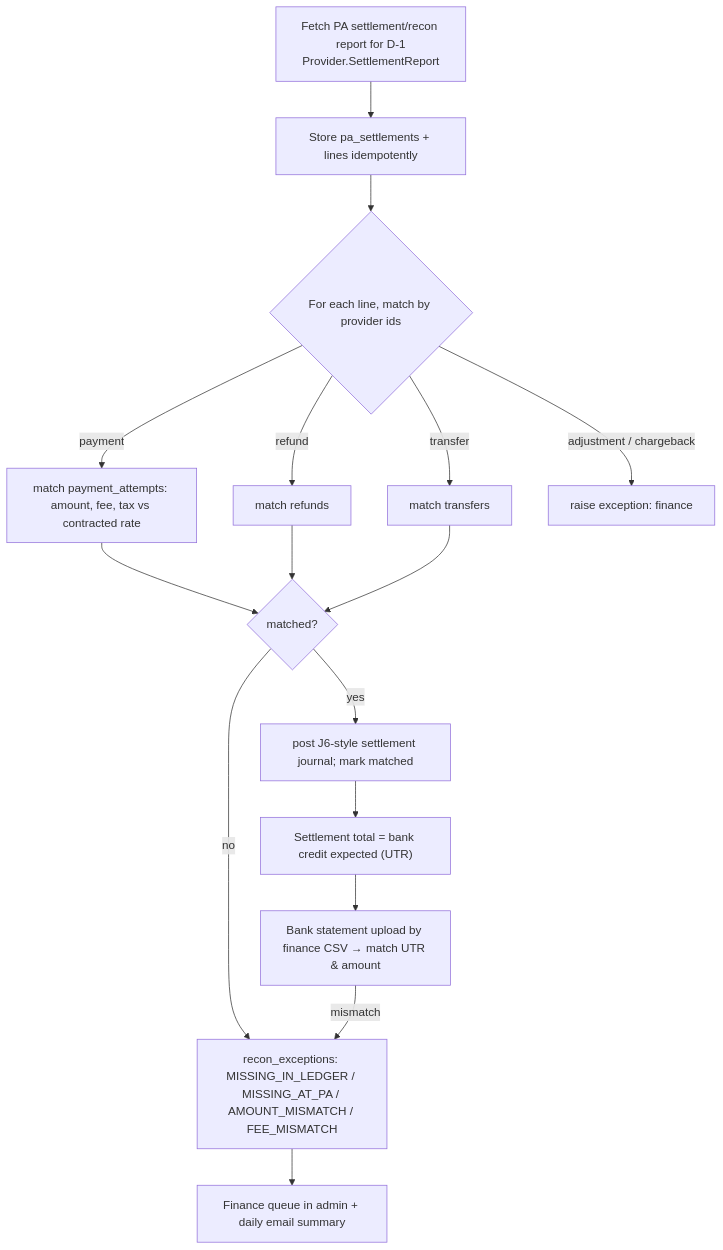
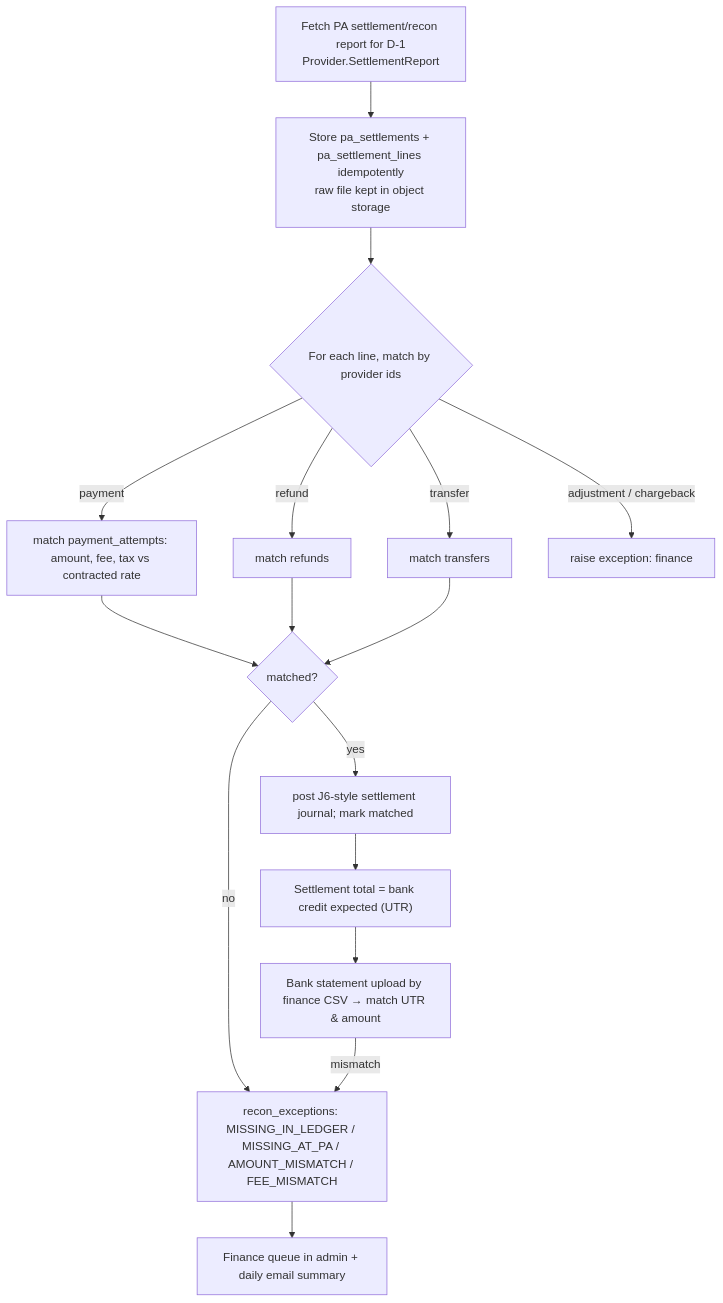
One commit to storetmobiles2-code/rovo changed the sixth of 7 diagrams in docs/planning/14-payment-architecture.md. Above: the diagram before and after it, drawn with Mermaid. The commit also changed other lines of this file and 12 other files, not shown here.

````diff
--- a/docs/planning/14-payment-architecture.md
+++ b/docs/planning/14-payment-architecture.md
@@ -572,16 +606,16 @@
 ```mermaid
 flowchart TD
-    A[Fetch PA settlement/recon report for D-1<br/>Provider.SettlementReport] --> B[Store pa_settlements + lines idempotently]
+    A[Fetch PA settlement/recon report for D-1<br/>Provider.SettlementReport] --> B[Store pa_settlements + pa_settlement_lines idempotently<br/>raw file kept in object storage]
     B --> C{For each line, match by provider ids}
     C -->|payment| D[match payment_attempts: amount, fee, tax vs contracted rate]
     C -->|refund| E[match refunds]
     C -->|transfer| F[match transfers]
     C -->|adjustment / chargeback| G[raise exception: finance]
     D & E & F --> H{matched?}
     H -->|yes| I[post J6-style settlement journal; mark matched]
     H -->|no| J[recon_exceptions: MISSING_IN_LEDGER / MISSING_AT_PA / AMOUNT_MISMATCH / FEE_MISMATCH]
     I --> K["Settlement total = bank credit expected (UTR)"]
     K --> L[Bank statement upload by finance CSV → match UTR & amount]
     L -->|mismatch| J
     J --> M[Finance queue in admin + daily email summary]
 ```
````
